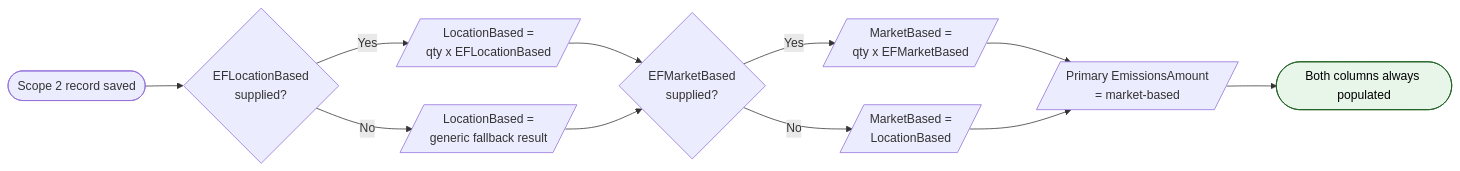
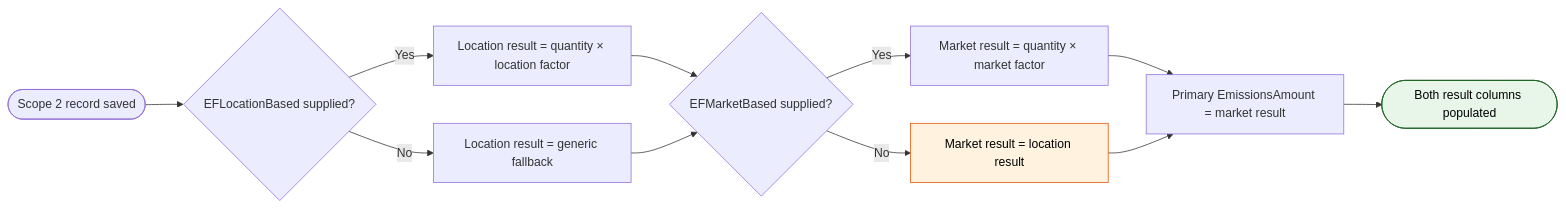
The fourth of 4 diagrams in docs/diagrams/bpmn/02-emissions-lifecycle.md (Software-Lifecycle-Consultants/SusDevOS-Pro), drawn with Mermaid before and after one commit. The commit also changed other lines of this file and 13 other files, not shown here.

First line of the commit message:
docs: update stories and diagrams for the inventory lifecycle

````diff
--- a/docs/diagrams/bpmn/02-emissions-lifecycle.md
+++ b/docs/diagrams/bpmn/02-emissions-lifecycle.md
@@ -120,15 +159,16 @@
 ```mermaid
 flowchart LR
-    A([Scope 2 record saved]) --> B{"EFLocationBased<br/>supplied?"}
-    B -->|"Yes"| C[/"LocationBased =<br/>qty x EFLocationBased"/]
-    B -->|"No"| D[/"LocationBased =<br/>generic fallback result"/]
-    C --> E{"EFMarketBased<br/>supplied?"}
+    A([Scope 2 record saved]) --> B{"EFLocationBased supplied?"}
+    B -->|"Yes"| C[Location result = quantity × location factor]
+    B -->|"No"| D[Location result = generic fallback]
+    C --> E{"EFMarketBased supplied?"}
     D --> E
-    E -->|"Yes"| F[/"MarketBased =<br/>qty x EFMarketBased"/]
-    E -->|"No"| G[/"MarketBased =<br/>LocationBased"/]
-    F --> H[/"Primary EmissionsAmount<br/>= market-based"/]
+    E -->|"Yes"| F[Market result = quantity × market factor]
+    E -->|"No"| G[Market result = location result]
+    F --> H[Primary EmissionsAmount = market result]
     G --> H
-    H --> I([Both columns always populated])
+    H --> I([Both result columns populated])
 
+    style G fill:#fff3e0,stroke:#e65100,color:#000
     style I fill:#e8f5e9,stroke:#1b5e20,color:#000
 ```
````
